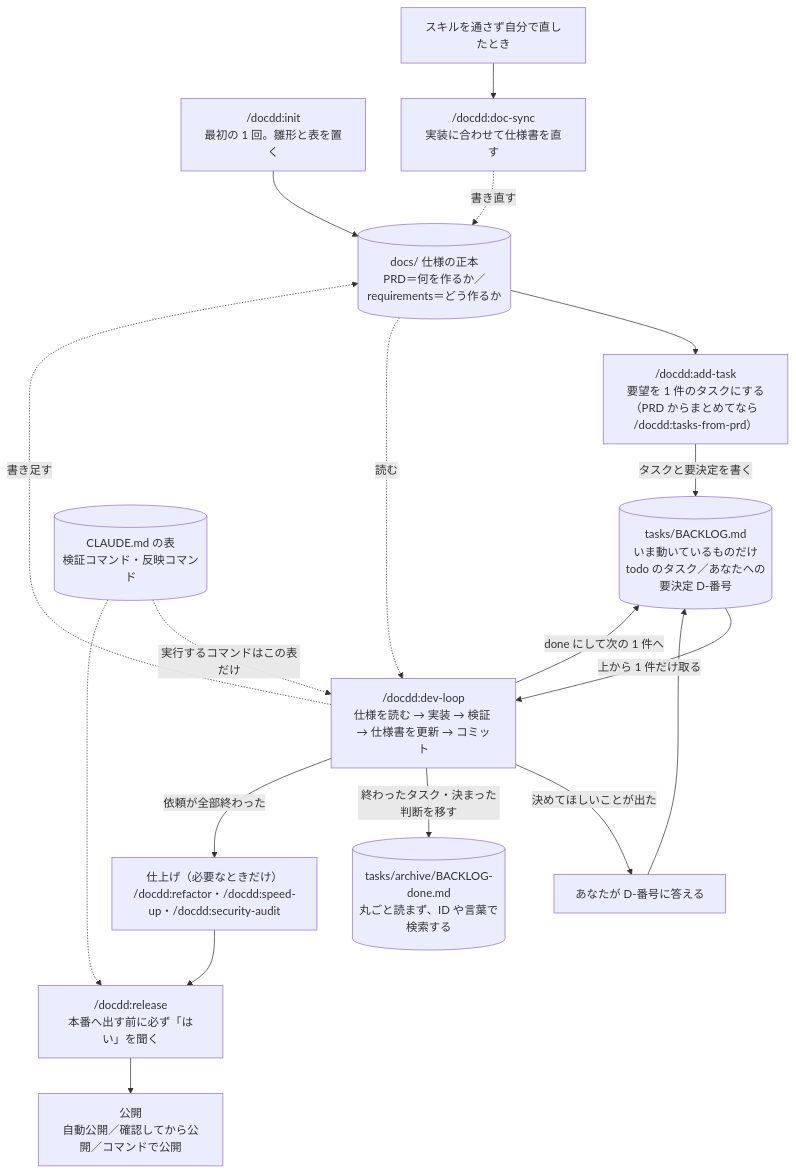
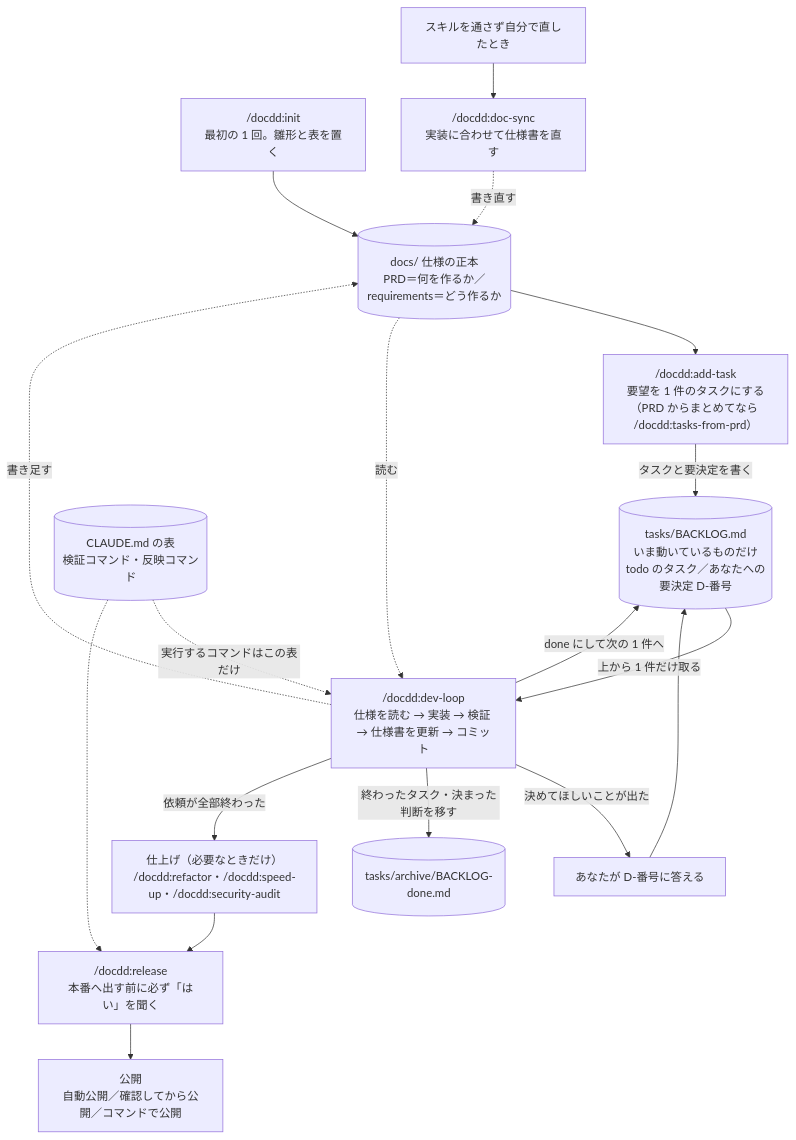
Before and after one commit to no1013kota/claude-docdd-dev-kit: the diagram in README.md, drawn with Mermaid. The commit also changed other lines of this file and 19 other files, not shown here.

````diff
--- a/README.md
+++ b/README.md
@@ -13,20 +13,20 @@
 ```mermaid
 flowchart TD
   I["/docdd:init<br/>最初の 1 回。雛形と表を置く"] --> S
   S[("docs/ 仕様の正本<br/>PRD＝何を作るか／requirements＝どう作るか")] --> A["/docdd:add-task<br/>要望を 1 件のタスクにする<br/>（PRD からまとめてなら /docdd:tasks-from-prd）"]
   A -->|タスクと要決定を書く| B[("tasks/BACKLOG.md<br/>いま動いているものだけ<br/>todo のタスク／あなたへの要決定 D-番号")]
   B -->|上から 1 件だけ取る| D["/docdd:dev-loop<br/>仕様を読む → 実装 → 検証 → 仕様書を更新 → コミット"]
   S -.->|読む| D
   D -.->|書き足す| S
   D -->|決めてほしいことが出た| Q["あなたが D-番号に答える"]
   Q --> B
   D -->|done にして次の 1 件へ| B
-  D -->|終わったタスク・決まった判断を移す| AR[("tasks/archive/BACKLOG-done.md<br/>丸ごと読まず、ID や言葉で検索する")]
+  D -->|終わったタスク・決まった判断を移す| AR[("tasks/archive/BACKLOG-done.md")]
   X["スキルを通さず自分で直したとき"] --> DS["/docdd:doc-sync<br/>実装に合わせて仕様書を直す"]
   DS -.->|書き直す| S
   D -->|依頼が全部終わった| F["仕上げ（必要なときだけ）<br/>/docdd:refactor・/docdd:speed-up・/docdd:security-audit"]
   F --> R["/docdd:release<br/>本番へ出す前に必ず「はい」を聞く"]
   R --> L["公開<br/>自動公開／確認してから公開／コマンドで公開"]
   C[("CLAUDE.md の表<br/>検証コマンド・反映コマンド")] -.->|実行するコマンドはこの表だけ| D
   C -.-> R
 ```
````
